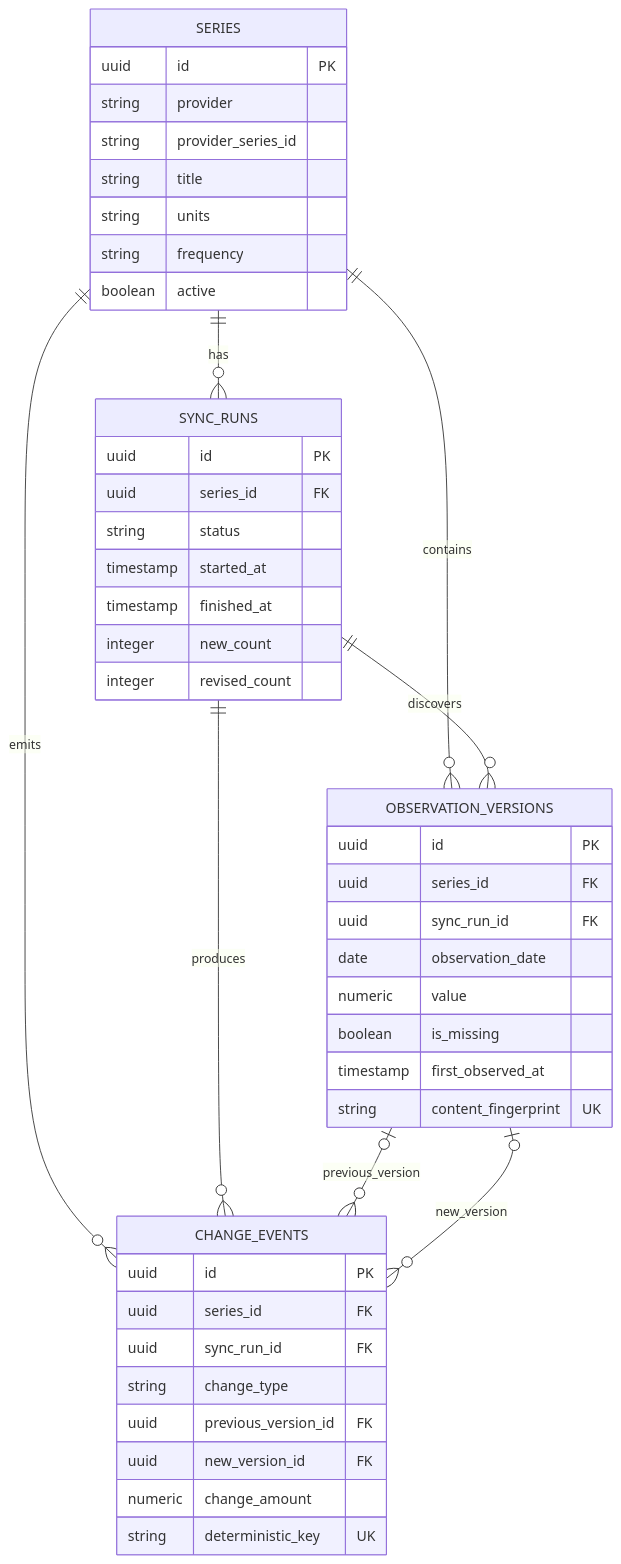
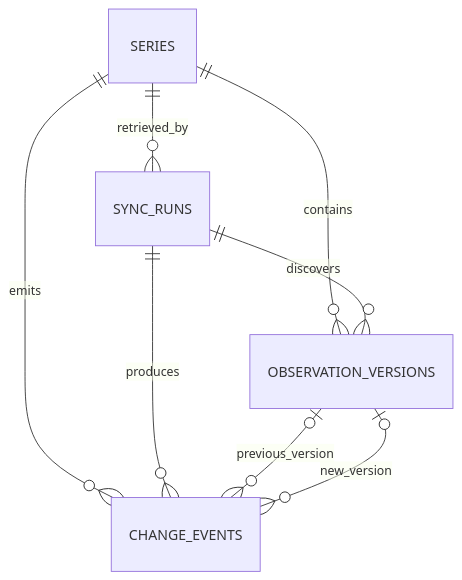
The diagram in docs/DATABASE.md (atharvanaik06/economic-release-tracker), drawn with Mermaid before and after one commit. The commit also changed other lines of this file and 5 other files, not shown here.

````diff
--- a/docs/DATABASE.md
+++ b/docs/DATABASE.md
@@ -9,52 +22,10 @@
 ```mermaid
 erDiagram
-    SERIES ||--o{ SYNC_RUNS : has
+    SERIES ||--o{ SYNC_RUNS : retrieved_by
     SERIES ||--o{ OBSERVATION_VERSIONS : contains
     SERIES ||--o{ CHANGE_EVENTS : emits
     SYNC_RUNS ||--o{ OBSERVATION_VERSIONS : discovers
     SYNC_RUNS ||--o{ CHANGE_EVENTS : produces
     OBSERVATION_VERSIONS o|--o{ CHANGE_EVENTS : previous_version
     OBSERVATION_VERSIONS o|--o{ CHANGE_EVENTS : new_version
-
-    SERIES {
-        uuid id PK
-        string provider
-        string provider_series_id
-        string title
-        string units
-        string frequency
-        boolean active
-    }
-
-    SYNC_RUNS {
-        uuid id PK
-        uuid series_id FK
-        string status
-        timestamp started_at
-        timestamp finished_at
-        integer new_count
-        integer revised_count
-    }
-
-    OBSERVATION_VERSIONS {
-        uuid id PK
-        uuid series_id FK
-        uuid sync_run_id FK
-        date observation_date
-        numeric value
-        boolean is_missing
-        timestamp first_observed_at
-        string content_fingerprint UK
-    }
-
-    CHANGE_EVENTS {
-        uuid id PK
-        uuid series_id FK
-        uuid sync_run_id FK
-        string change_type
-        uuid previous_version_id FK
-        uuid new_version_id FK
-        numeric change_amount
-        string deterministic_key UK
-    }
 ```
````
